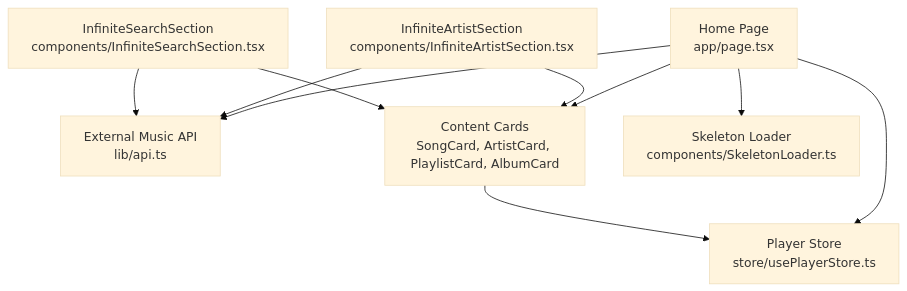
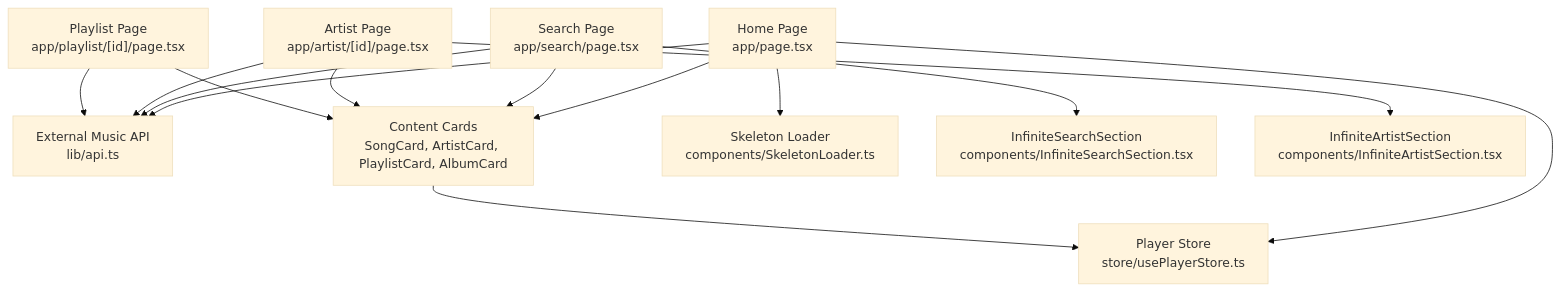
One commit to moindestiny/SonicStream changed the first of 13 diagrams in .qoder/repowiki/en/content/Core Features/Music Discovery.md. Above: the diagram before and after it, drawn with Mermaid (base theme). The commit also changed other lines of this file and 5 other files, not shown here.

````diff
--- a/.qoder/repowiki/en/content/Core Features/Music Discovery.md
+++ b/.qoder/repowiki/en/content/Core Features/Music Discovery.md
@@ -46,12 +60,16 @@
 ```mermaid
 graph TB
 Home["Home Page<br/>app/page.tsx"] --> API["External Music API<br/>lib/api.ts"]
 Home --> Cards["Content Cards<br/>SongCard, ArtistCard, PlaylistCard, AlbumCard"]
 Home --> Store["Player Store<br/>store/usePlayerStore.ts"]
 Home --> Loader["Skeleton Loader<br/>components/SkeletonLoader.ts"]
-ArtistSection["InfiniteArtistSection<br/>components/InfiniteArtistSection.tsx"] --> API
-SearchSection["InfiniteSearchSection<br/>components/InfiniteSearchSection.tsx"] --> API
+Search["Search Page<br/>app/search/page.tsx"] --> API
+Search --> InfiniteSearch["InfiniteSearchSection<br/>components/InfiniteSearchSection.tsx"]
+Artist["Artist Page<br/>app/artist/[id]/page.tsx"] --> API
+Artist --> InfiniteArtist["InfiniteArtistSection<br/>components/InfiniteArtistSection.tsx"]
+Playlist["Playlist Page<br/>app/playlist/[id]/page.tsx"] --> API
 Cards --> Store
-ArtistSection --> Cards
-SearchSection --> Cards
+Search --> Cards
+Artist --> Cards
+Playlist --> Cards
 ```
````
